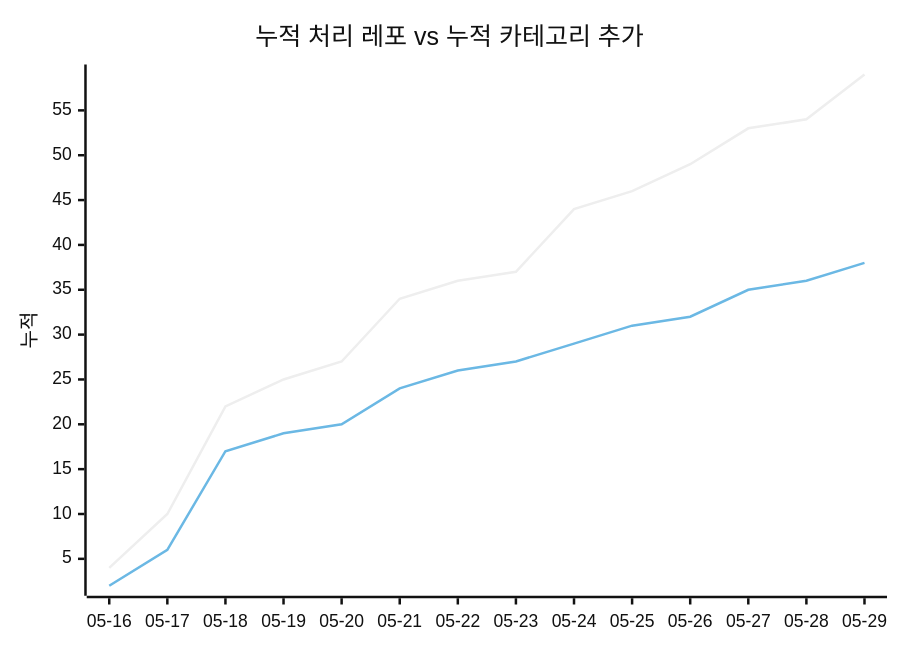
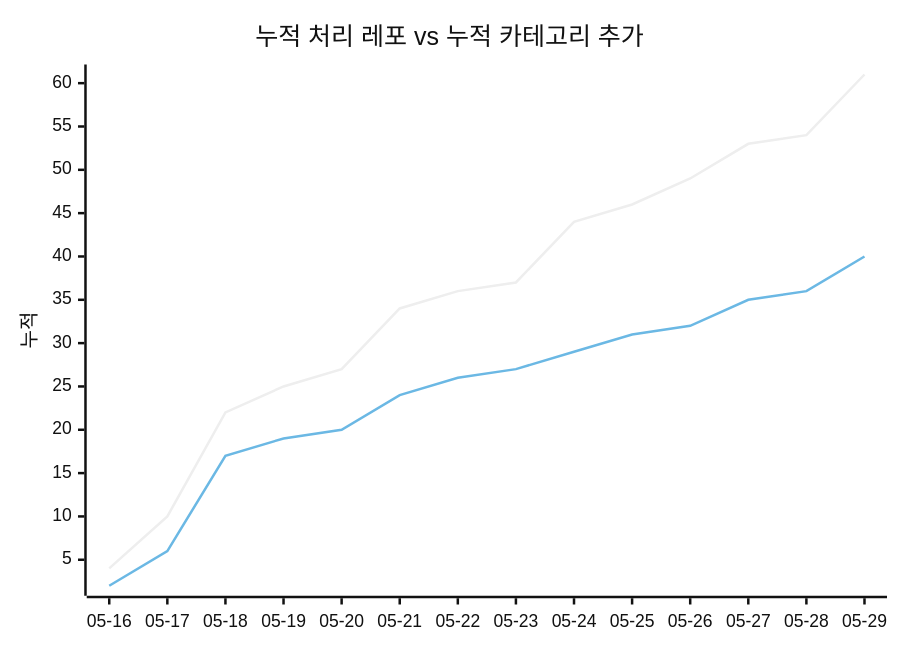
One commit to J-nowcow/awesome-korean-agent-skills changed the second of 2 diagrams in docs/trends.md. Above: the diagram before and after it, drawn with Mermaid (neutral theme). The commit also changed other lines of this file and 5 other files, not shown here.

````diff
--- a/docs/trends.md
+++ b/docs/trends.md
@@ -68,8 +68,8 @@
 ```mermaid
 xychart-beta
     title "누적 처리 레포 vs 누적 카테고리 추가"
     x-axis ["05-16","05-17","05-18","05-19","05-20","05-21","05-22","05-23","05-24","05-25","05-26","05-27","05-28","05-29"]
     y-axis "누적"
-    line [4,10,22,25,27,34,36,37,44,46,49,53,54,59]
-    line [2,6,17,19,20,24,26,27,29,31,32,35,36,38]
+    line [4,10,22,25,27,34,36,37,44,46,49,53,54,61]
+    line [2,6,17,19,20,24,26,27,29,31,32,35,36,40]
 ```
````
